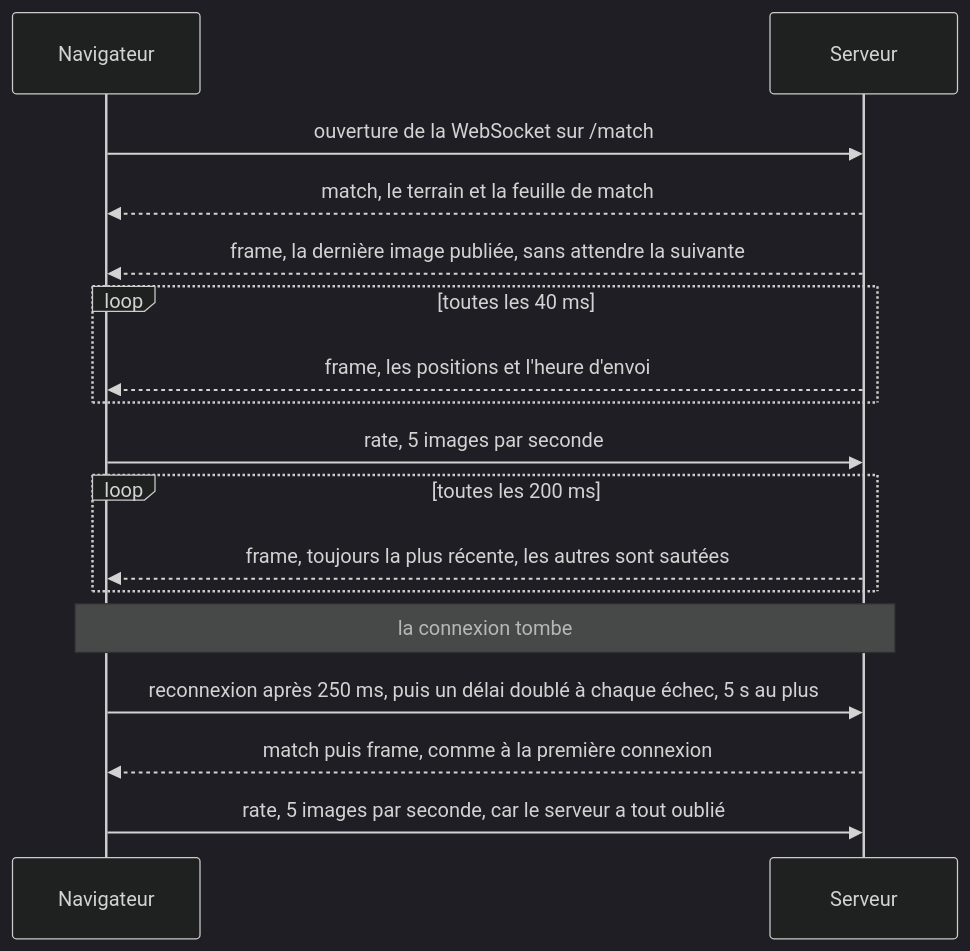
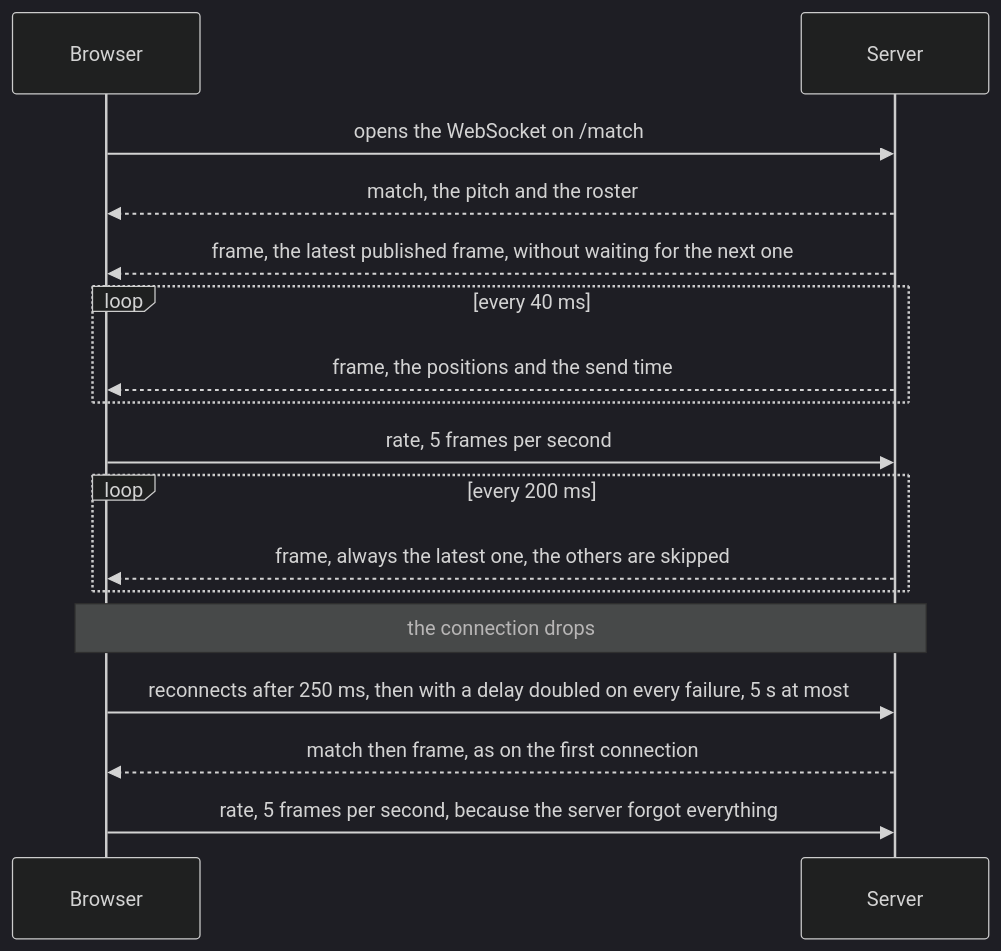
The first of 2 diagrams in README.md (baptistemiramont/pitch-live), drawn with Mermaid (dark theme) before and after one commit. The commit also changed other lines of this file and 4 other files, not shown here.

````diff
--- a/README.md
+++ b/README.md
@@ -41,20 +41,20 @@
 ```mermaid
 sequenceDiagram
-    participant N as Navigateur
-    participant S as Serveur
+    participant B as Browser
+    participant S as Server
 
-    N->>S: ouverture de la WebSocket sur /match
-    S-->>N: match, le terrain et la feuille de match
-    S-->>N: frame, la dernière image publiée, sans attendre la suivante
-    loop toutes les 40 ms
-        S-->>N: frame, les positions et l'heure d'envoi
+    B->>S: opens the WebSocket on /match
+    S-->>B: match, the pitch and the roster
+    S-->>B: frame, the latest published frame, without waiting for the next one
+    loop every 40 ms
+        S-->>B: frame, the positions and the send time
     end
-    N->>S: rate, 5 images par seconde
-    loop toutes les 200 ms
-        S-->>N: frame, toujours la plus récente, les autres sont sautées
+    B->>S: rate, 5 frames per second
+    loop every 200 ms
+        S-->>B: frame, always the latest one, the others are skipped
     end
-    Note over N,S: la connexion tombe
-    N->>S: reconnexion après 250 ms, puis un délai doublé à chaque échec, 5 s au plus
-    S-->>N: match puis frame, comme à la première connexion
-    N->>S: rate, 5 images par seconde, car le serveur a tout oublié
+    Note over B,S: the connection drops
+    B->>S: reconnects after 250 ms, then with a delay doubled on every failure, 5 s at most
+    S-->>B: match then frame, as on the first connection
+    B->>S: rate, 5 frames per second, because the server forgot everything
 ```
````
